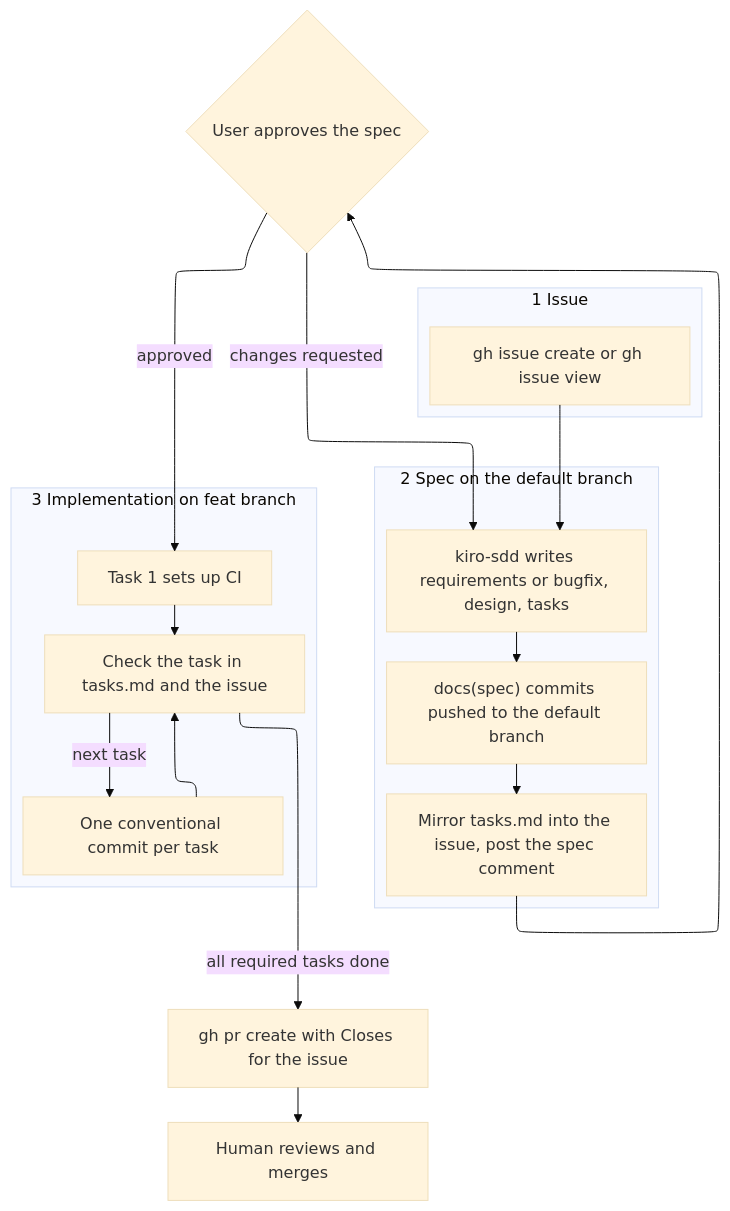
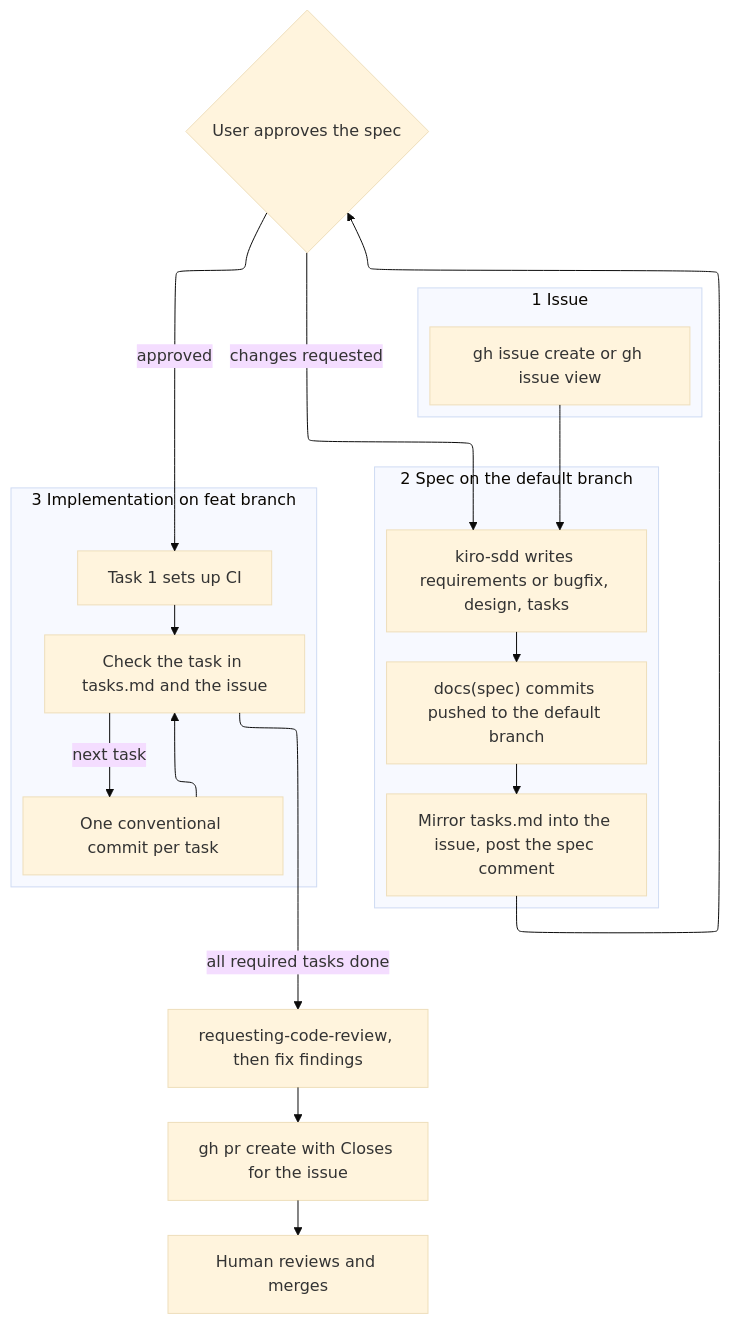
One commit to sohampatwardhan/kiro-sdd-skills changed the diagram in skills/kiro-github-pipeline/SKILL.md. Above: the diagram before and after it, drawn with Mermaid (base theme). The commit also changed other lines of this file and 1 other file, not shown here.

First line of the commit message:
feat(kiro-github-pipeline): use superpowers for TDD, debugging, review, and worktrees

````diff
--- a/skills/kiro-github-pipeline/SKILL.md
+++ b/skills/kiro-github-pipeline/SKILL.md
@@ -21,34 +21,36 @@
 ```mermaid
 ---
 config:
   layout: elk
 ---
 flowchart TB
   subgraph issueStage [1 Issue]
     issue["gh issue create or gh issue view"]
   end
   subgraph specStage [2 Spec on the default branch]
     spec["kiro-sdd writes requirements or bugfix, design, tasks"]
     push["docs(spec) commits pushed to the default branch"]
     sync1["Mirror tasks.md into the issue, post the spec comment"]
   end
   gate{"User approves the spec"}
   subgraph implStage [3 Implementation on feat branch]
     ci["Task 1 sets up CI"]
     work["One conventional commit per task"]
     sync2["Check the task in tasks.md and the issue"]
   end
+  review["requesting-code-review, then fix findings"]
   implPr["gh pr create with Closes for the issue"]
   human["Human reviews and merges"]
   issue --> spec
   spec --> push
   push --> sync1
   sync1 --> gate
   gate -->|"changes requested"| spec
   gate -->|"approved"| ci
   ci --> sync2
   work --> sync2
   sync2 -->|"next task"| work
-  sync2 -->|"all required tasks done"| implPr
+  sync2 -->|"all required tasks done"| review
+  review --> implPr
   implPr --> human
 ```
````
